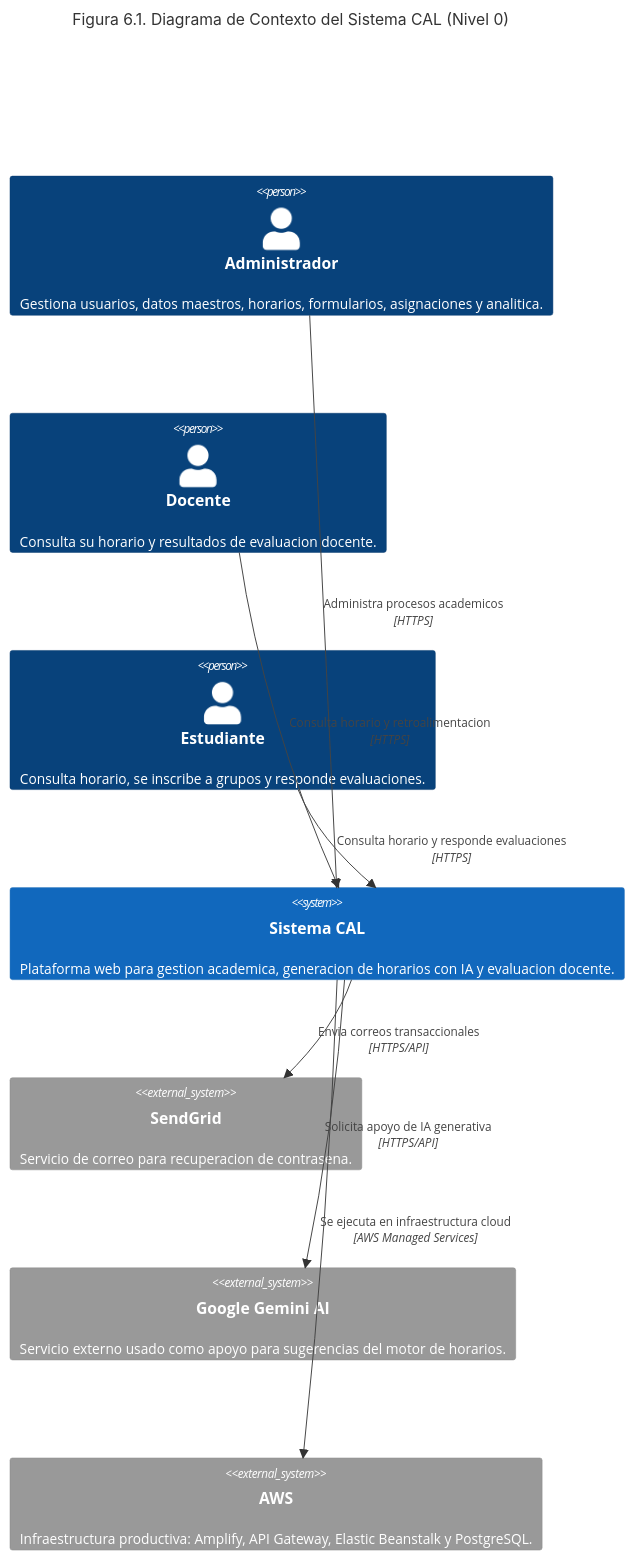
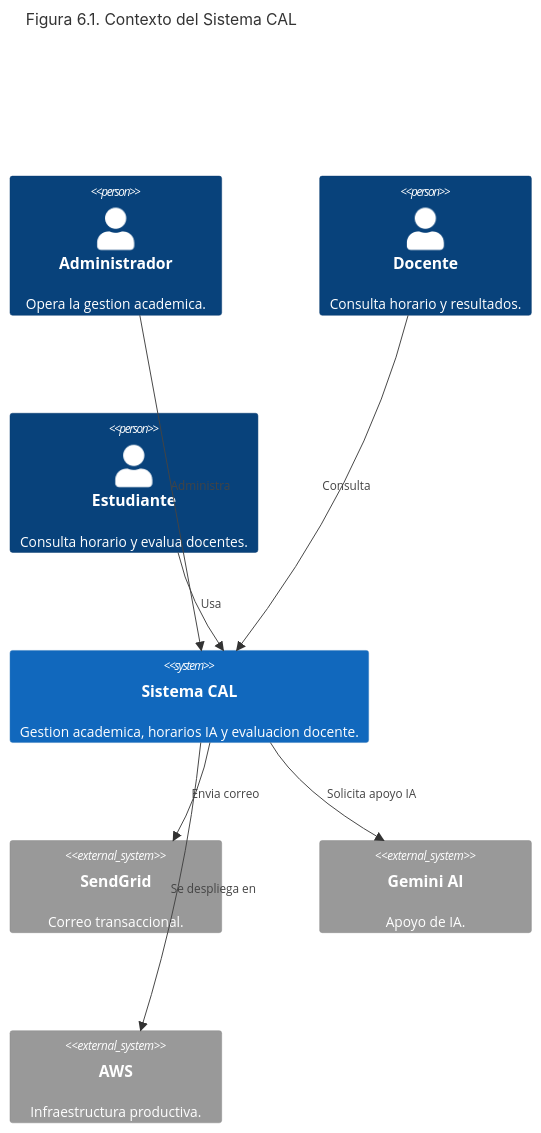
The diagram in docs/diagramas/01_c4_contexto_sistema.mmd (Proyecto-grado-ucc/proyectoGrado-server), drawn with Mermaid before and after one commit. The commit also changed 26 other files, not shown here.

Commit message:
docs: improve diagram readability

```diff
--- a/docs/diagramas/01_c4_contexto_sistema.mmd
+++ b/docs/diagramas/01_c4_contexto_sistema.mmd
@@ -1,21 +1,21 @@
 C4Context
-title Figura 6.1. Diagrama de Contexto del Sistema CAL (Nivel 0)
+title Figura 6.1. Contexto del Sistema CAL
 
-Person(admin, "Administrador", "Gestiona usuarios, datos maestros, horarios, formularios, asignaciones y analitica.")
-Person(docente, "Docente", "Consulta su horario y resultados de evaluacion docente.")
-Person(estudiante, "Estudiante", "Consulta horario, se inscribe a grupos y responde evaluaciones.")
+Person(admin, "Administrador", "Opera la gestion academica.")
+Person(docente, "Docente", "Consulta horario y resultados.")
+Person(estudiante, "Estudiante", "Consulta horario y evalua docentes.")
 
-System(cal, "Sistema CAL", "Plataforma web para gestion academica, generacion de horarios con IA y evaluacion docente.")
+System(cal, "Sistema CAL", "Gestion academica, horarios IA y evaluacion docente.")
 
-System_Ext(sendgrid, "SendGrid", "Servicio de correo para recuperacion de contrasena.")
-System_Ext(gemini, "Google Gemini AI", "Servicio externo usado como apoyo para sugerencias del motor de horarios.")
-System_Ext(aws, "AWS", "Infraestructura productiva: Amplify, API Gateway, Elastic Beanstalk y PostgreSQL.")
+System_Ext(sendgrid, "SendGrid", "Correo transaccional.")
+System_Ext(gemini, "Gemini AI", "Apoyo de IA.")
+System_Ext(aws, "AWS", "Infraestructura productiva.")
 
-Rel(admin, cal, "Administra procesos academicos", "HTTPS")
-Rel(docente, cal, "Consulta horario y retroalimentacion", "HTTPS")
-Rel(estudiante, cal, "Consulta horario y responde evaluaciones", "HTTPS")
-Rel(cal, sendgrid, "Envia correos transaccionales", "HTTPS/API")
-Rel(cal, gemini, "Solicita apoyo de IA generativa", "HTTPS/API")
-Rel(cal, aws, "Se ejecuta en infraestructura cloud", "AWS Managed Services")
+Rel(admin, cal, "Administra")
+Rel(docente, cal, "Consulta")
+Rel(estudiante, cal, "Usa")
+Rel(cal, sendgrid, "Envia correo")
+Rel(cal, gemini, "Solicita apoyo IA")
+Rel(cal, aws, "Se despliega en")
 
 UpdateLayoutConfig($c4ShapeInRow="2", $c4BoundaryInRow="1")
```
